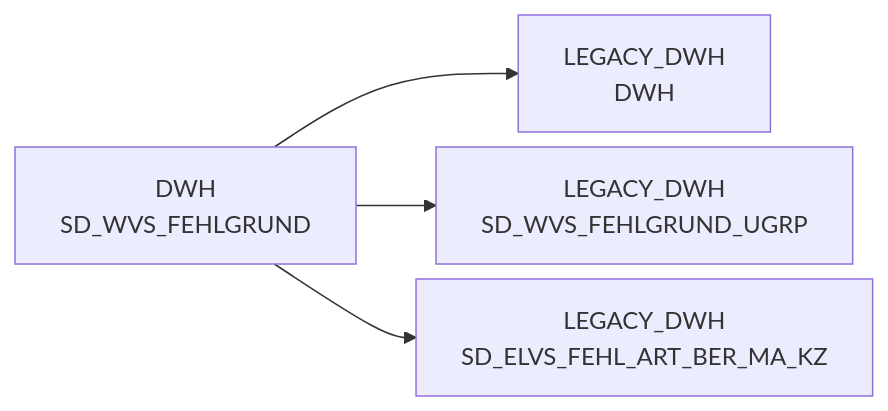
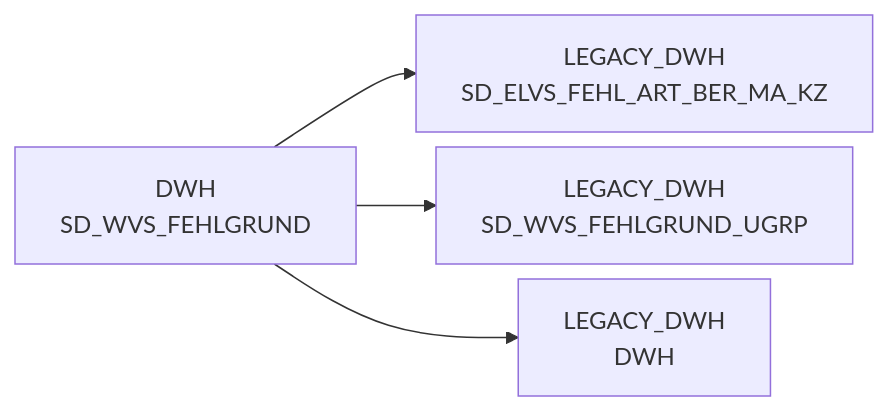
Before and after one commit to integration-factory-de/sas_code_docs: the diagram in docs/Tables/DWH/SD_WVS_FEHLGRUND.md, drawn with Mermaid. The commit also changed other lines of this file and 129 other files, not shown here.

````diff
--- a/docs/Tables/DWH/SD_WVS_FEHLGRUND.md
+++ b/docs/Tables/DWH/SD_WVS_FEHLGRUND.md
@@ -9,15 +19,15 @@
 ```mermaid
 %%{init: {'flowchart': { 'nodeSpacing': 10, 'rankSpacing': 40, 'rankdir': 'TB' }}}%%
 
 flowchart LR
 
+  DWH.SD_WVS_FEHLGRUND["DWH<br/>SD_WVS_FEHLGRUND"] --> LEGACY_DWH.SD_ELVS_FEHL_ART_BER_MA_KZ["LEGACY_DWH<br/>SD_ELVS_FEHL_ART_BER_MA_KZ"]
+  DWH.SD_WVS_FEHLGRUND["DWH<br/>SD_WVS_FEHLGRUND"] --> LEGACY_DWH.SD_WVS_FEHLGRUND_UGRP["LEGACY_DWH<br/>SD_WVS_FEHLGRUND_UGRP"]
   DWH.SD_WVS_FEHLGRUND["DWH<br/>SD_WVS_FEHLGRUND"] --> LEGACY_DWH.DWH["LEGACY_DWH<br/>DWH"]
-  DWH.SD_WVS_FEHLGRUND["DWH<br/>SD_WVS_FEHLGRUND"] --> LEGACY_DWH.SD_WVS_FEHLGRUND_UGRP["LEGACY_DWH<br/>SD_WVS_FEHLGRUND_UGRP"]
-  DWH.SD_WVS_FEHLGRUND["DWH<br/>SD_WVS_FEHLGRUND"] --> LEGACY_DWH.SD_ELVS_FEHL_ART_BER_MA_KZ["LEGACY_DWH<br/>SD_ELVS_FEHL_ART_BER_MA_KZ"]
   click DWH.SD_WVS_FEHLGRUND "../../tables/DWH/SD_WVS_FEHLGRUND"
   click DWH.SD_WVS_FEHLGRUND "../../tables/DWH/SD_WVS_FEHLGRUND"
   click DWH.SD_WVS_FEHLGRUND "../../tables/DWH/SD_WVS_FEHLGRUND"
+  click LEGACY_DWH.SD_ELVS_FEHL_ART_BER_MA_KZ "../../tables/LEGACY_DWH/SD_ELVS_FEHL_ART_BER_MA_KZ"
+  click LEGACY_DWH.SD_WVS_FEHLGRUND_UGRP "../../tables/LEGACY_DWH/SD_WVS_FEHLGRUND_UGRP"
   click LEGACY_DWH.DWH "../../tables/LEGACY_DWH/DWH"
-  click LEGACY_DWH.SD_WVS_FEHLGRUND_UGRP "../../tables/LEGACY_DWH/SD_WVS_FEHLGRUND_UGRP"
-  click LEGACY_DWH.SD_ELVS_FEHL_ART_BER_MA_KZ "../../tables/LEGACY_DWH/SD_ELVS_FEHL_ART_BER_MA_KZ"
 ```
````
